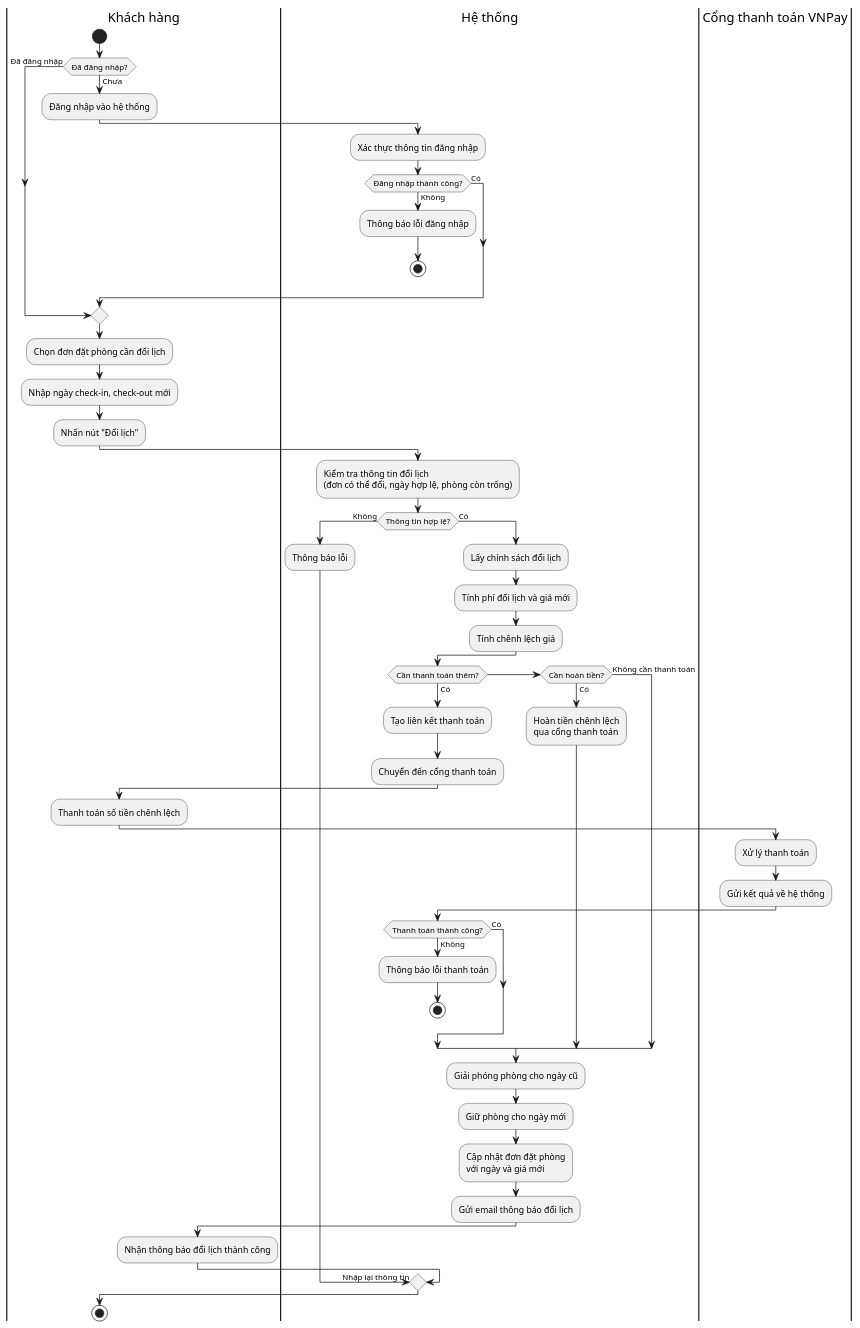
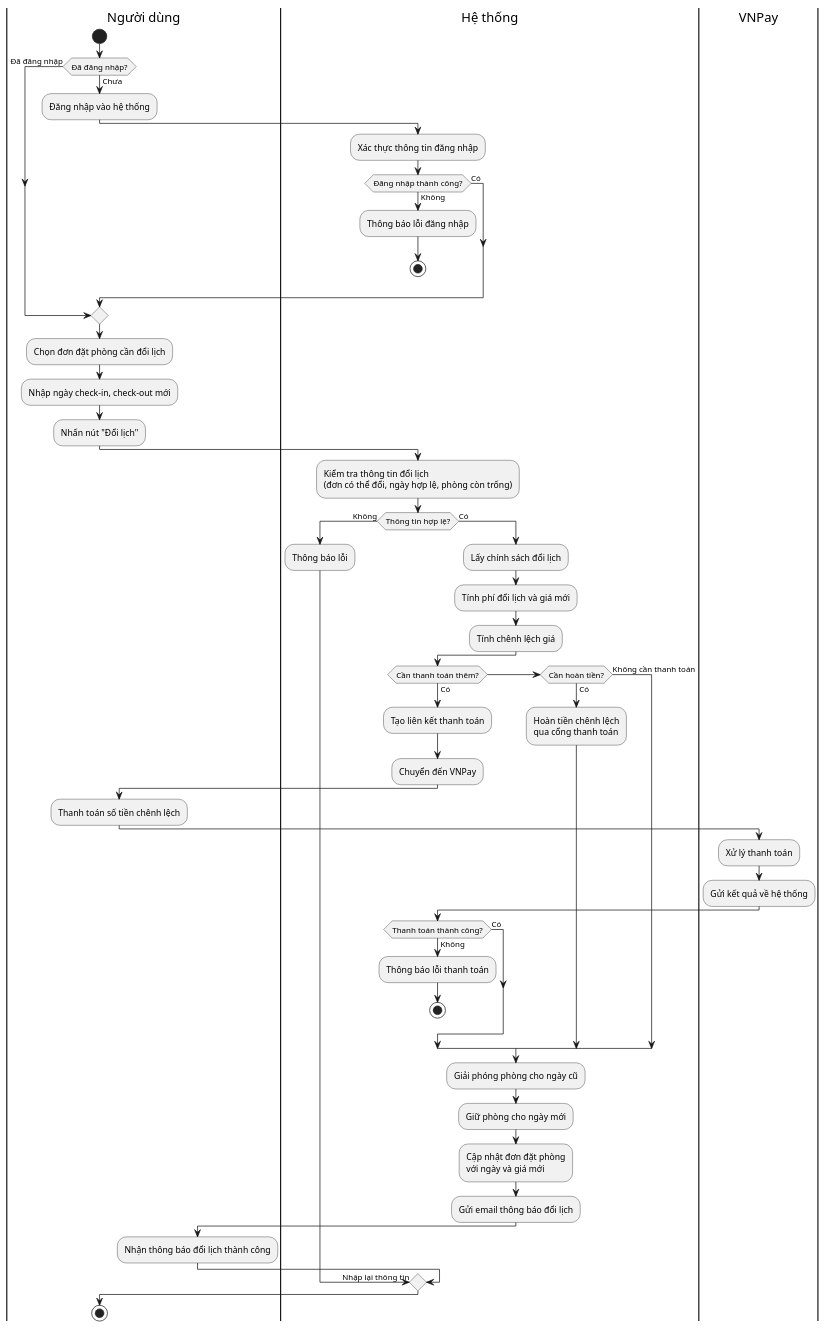
The diagram in be/holidate/activity_diagrams/reschedule-booking-activity.puml (decoutkhanqindev/holidate-nestjs-springboot-aws), drawn with PlantUML before and after one commit. The commit also changed 16 other files, not shown here.

Commit message:
Refactor activity diagrams: Replace "Khách hàng" with "Người dùng" for consistency across booking and payment processes, and update terminology for clarity in user interactions.

```diff
--- a/be/holidate/activity_diagrams/reschedule-booking-activity.puml
+++ b/be/holidate/activity_diagrams/reschedule-booking-activity.puml
@@ -1,68 +1,68 @@
 @startuml
-|Khách hàng|
+|Người dùng|
 start
 if (Đã đăng nhập?) then (Chưa)
   :Đăng nhập vào hệ thống;
   |Hệ thống|
   :Xác thực thông tin đăng nhập;
   if (Đăng nhập thành công?) then (Không)
     :Thông báo lỗi đăng nhập;
     stop
   else (Có)
-    |Khách hàng|
+    |Người dùng|
   endif
 else (Đã đăng nhập)
 endif
 
-|Khách hàng|
+|Người dùng|
 :Chọn đơn đặt phòng cần đổi lịch;
 :Nhập ngày check-in, check-out mới;
 :Nhấn nút "Đổi lịch";
 
 |Hệ thống|
 :Kiểm tra thông tin đổi lịch\n(đơn có thể đổi, ngày hợp lệ, phòng còn trống);
 
 if (Thông tin hợp lệ?) then (Không)
   :Thông báo lỗi;
-  |Khách hàng|
+  |Người dùng|
   -> Nhập lại thông tin;
 else (Có)
   |Hệ thống|
   :Lấy chính sách đổi lịch;
   :Tính phí đổi lịch và giá mới;
   :Tính chênh lệch giá;
 
   if (Cần thanh toán thêm?) then (Có)
     :Tạo liên kết thanh toán;
-    :Chuyển đến cổng thanh toán;
+    :Chuyển đến VNPay;
 
-    |Khách hàng|
+    |Người dùng|
     :Thanh toán số tiền chênh lệch;
 
-    |Cổng thanh toán VNPay|
+    |VNPay|
     :Xử lý thanh toán;
     :Gửi kết quả về hệ thống;
 
     |Hệ thống|
     if (Thanh toán thành công?) then (Không)
       :Thông báo lỗi thanh toán;
       stop
     else (Có)
     endif
   else if (Cần hoàn tiền?) then (Có)
     :Hoàn tiền chênh lệch\nqua cổng thanh toán;
   else (Không cần thanh toán)
   endif
 
   |Hệ thống|
   :Giải phóng phòng cho ngày cũ;
   :Giữ phòng cho ngày mới;
   :Cập nhật đơn đặt phòng\nvới ngày và giá mới;
   :Gửi email thông báo đổi lịch;
 
-  |Khách hàng|
+  |Người dùng|
   :Nhận thông báo đổi lịch thành công;
 endif
 
 stop
 @enduml
```
